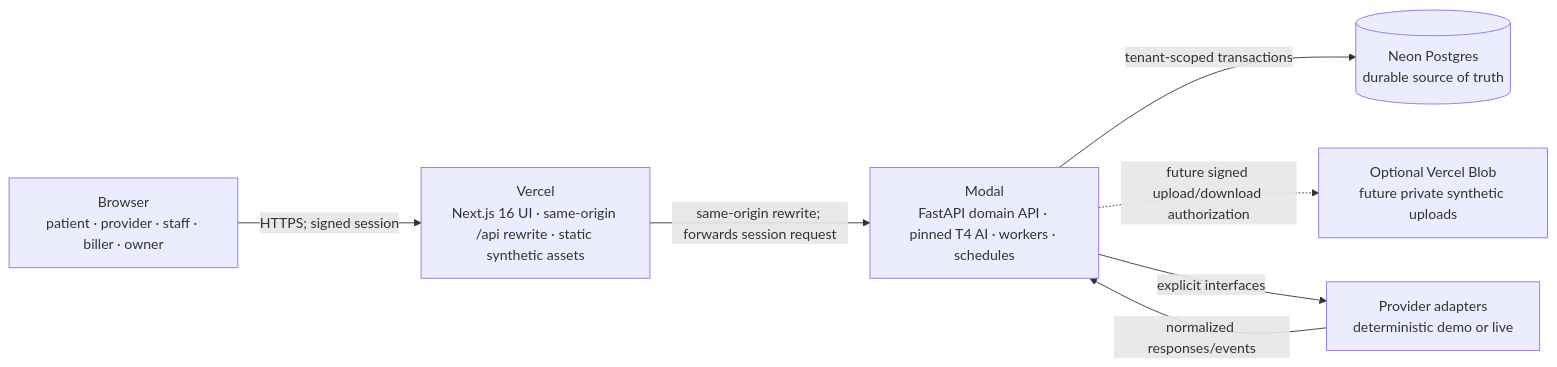
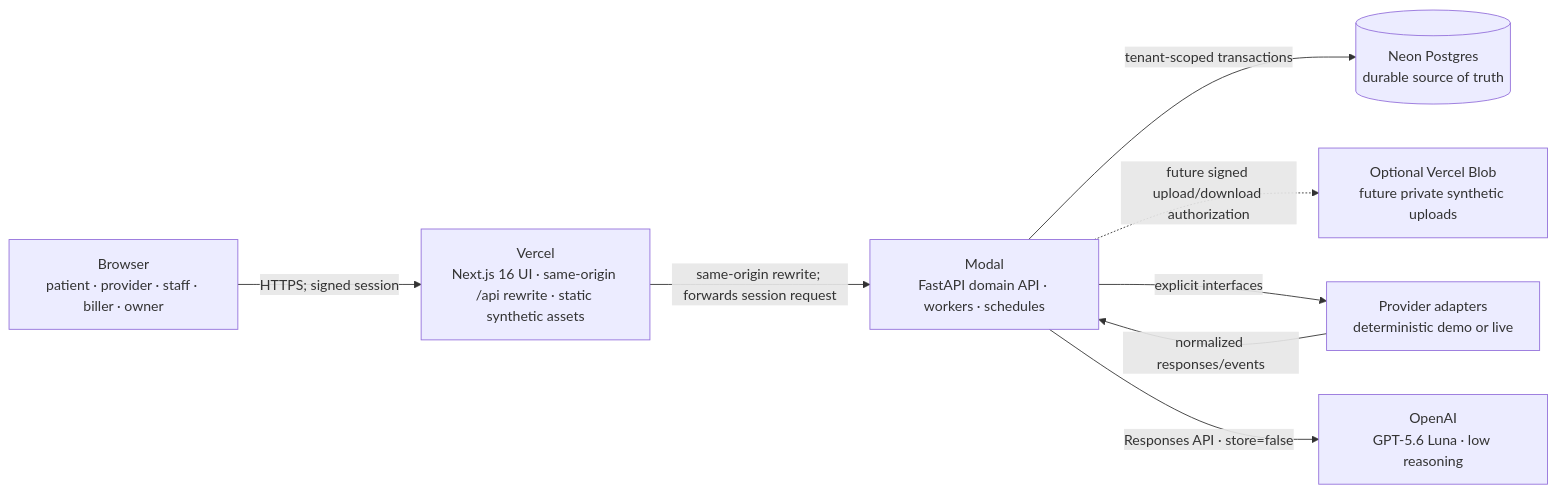
The first of 5 diagrams in docs/architecture.md (ambrosia-health/ehr), drawn with Mermaid before and after one commit. The commit also changed other lines of this file and 22 other files, not shown here.

Commit message:
Replace GPU inference with OpenAI Luna

````diff
--- a/docs/architecture.md
+++ b/docs/architecture.md
@@ -7,16 +7,18 @@
 ```mermaid
 flowchart LR
     B["Browser\npatient · provider · staff · biller · owner"]
     V["Vercel\nNext.js 16 UI · same-origin /api rewrite · static synthetic assets"]
-    M["Modal\nFastAPI domain API · pinned T4 AI · workers · schedules"]
+    M["Modal\nFastAPI domain API · workers · schedules"]
+    O["OpenAI\nGPT-5.6 Luna · low reasoning"]
     N[("Neon Postgres\ndurable source of truth")]
     F["Optional Vercel Blob\nfuture private synthetic uploads"]
     P["Provider adapters\ndeterministic demo or live"]
 
     B -->|"HTTPS; signed session"| V
     V -->|"same-origin rewrite; forwards session request"| M
     M -->|"tenant-scoped transactions"| N
     M -.->|"future signed upload/download authorization"| F
     M -->|"explicit interfaces"| P
+    M -->|"Responses API · store=false"| O
     P -->|"normalized responses/events"| M
 ```
````
